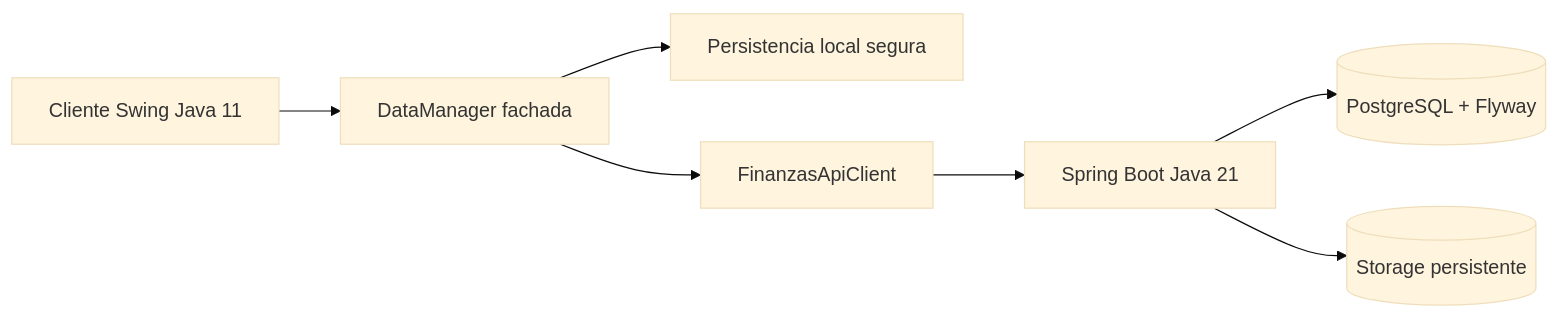
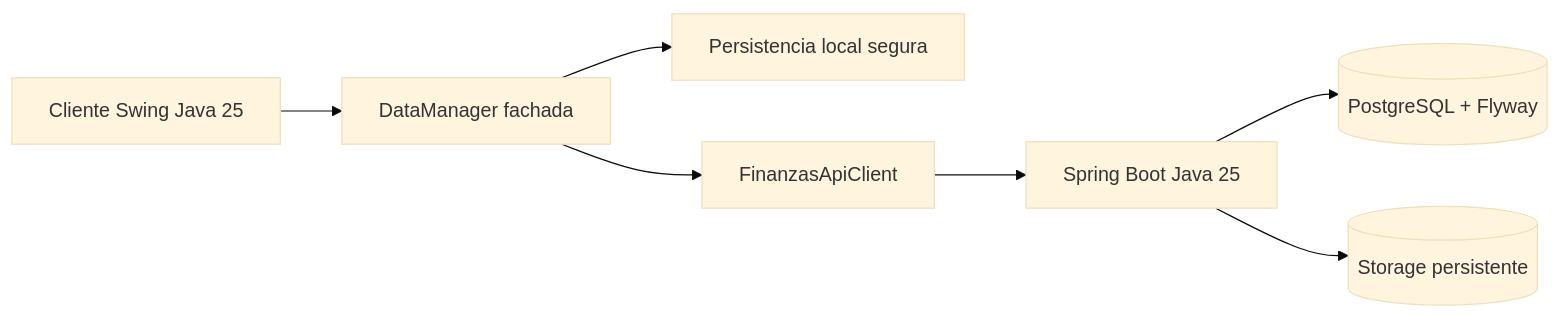
Before and after one commit to juan2052H/FinanzasApp: the diagram in docs/ARCHITECTURE.md, drawn with Mermaid (base theme). The commit also changed other lines of this file and 65 other files, not shown here.

````diff
--- a/docs/ARCHITECTURE.md
+++ b/docs/ARCHITECTURE.md
@@ -10,9 +10,9 @@
 ```mermaid
 flowchart LR
-    Swing[Cliente Swing Java 11] --> DM[DataManager fachada]
+    Swing[Cliente Swing Java 25] --> DM[DataManager fachada]
     DM --> Local[Persistencia local segura]
     DM --> Api[FinanzasApiClient]
-    Api --> Backend[Spring Boot Java 21]
+    Api --> Backend[Spring Boot Java 25]
     Backend --> Pg[(PostgreSQL + Flyway)]
     Backend --> Storage[(Storage persistente)]
 ```
````
